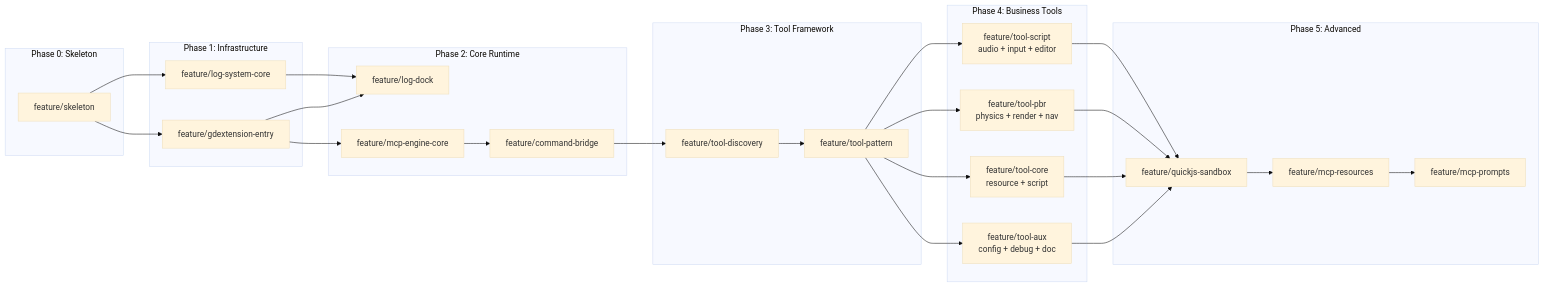
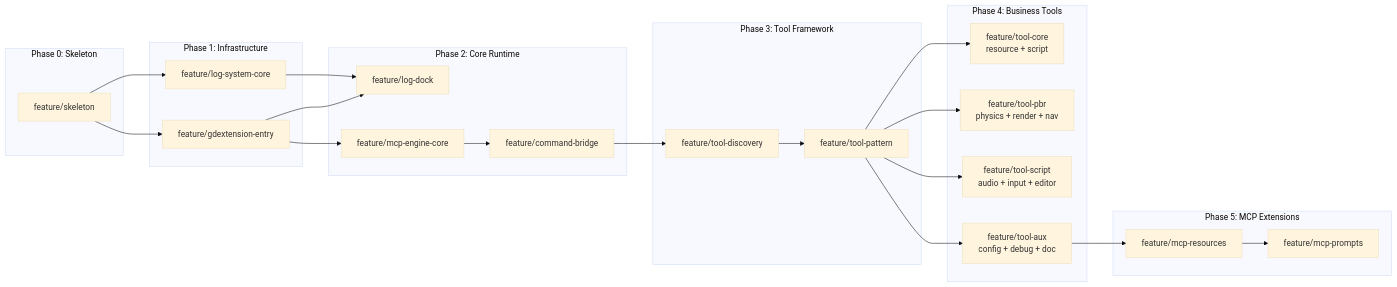
The diagram in AGENTS.md (jesspig/Godot-Autopilot), drawn with Mermaid (base theme) before and after one commit. The commit also changed other lines of this file, not shown here.

````diff
--- a/AGENTS.md
+++ b/AGENTS.md
@@ -270,43 +268,38 @@
 ```mermaid
 flowchart LR
     subgraph Phase0[Phase 0: Skeleton]
         sk[feature/skeleton]
     end
     subgraph Phase1[Phase 1: Infrastructure]
         ge[feature/gdextension-entry]
         lsc[feature/log-system-core]
     end
     subgraph Phase2[Phase 2: Core Runtime]
         ld[feature/log-dock]
         mec[feature/mcp-engine-core]
         cb[feature/command-bridge]
     end
     subgraph Phase3[Phase 3: Tool Framework]
         td[feature/tool-discovery]
         tp[feature/tool-pattern]
     end
     subgraph Phase4[Phase 4: Business Tools]
         tc[feature/tool-core<br/>resource + script]
         tpbr[feature/tool-pbr<br/>physics + render + nav]
         ts[feature/tool-script<br/>audio + input + editor]
         ta[feature/tool-aux<br/>config + debug + doc]
     end
-    subgraph Phase5[Phase 5: Advanced]
-        qjs[feature/quickjs-sandbox]
+    subgraph Phase5[Phase 5: MCP Extensions]
         mres[feature/mcp-resources]
         mp[feature/mcp-prompts]
     end
     sk --> ge & lsc
     ge --> ld & mec
     lsc --> ld
     mec --> cb
     cb --> td
     td --> tp
     tp --> tc & tpbr & ts & ta
-    ta --> qjs
-    tc --> qjs
-    tpbr --> qjs
-    ts --> qjs
-    qjs --> mres
+    ta --> mres
     mres --> mp
 ```
````
